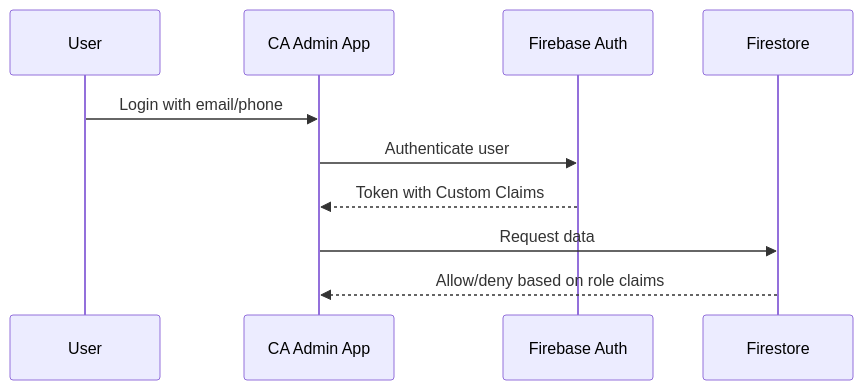
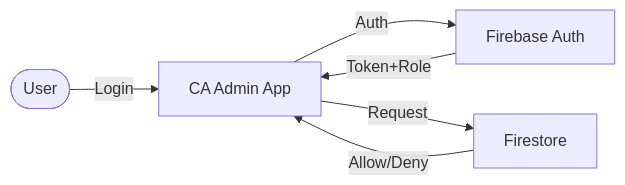
One commit to Ash69g/Documentation-Study changed the diagram in docs/08-security-and-roles/08-security-and-roles.md. Above: the diagram before and after it, drawn with Mermaid. The commit also changed other lines of this file and 14 other files, not shown here.

````diff
--- a/docs/08-security-and-roles/08-security-and-roles.md
+++ b/docs/08-security-and-roles/08-security-and-roles.md
@@ -54,13 +51,8 @@
 ```mermaid
-sequenceDiagram
-  participant U as User
-  participant APP as CA Admin App
-  participant AUTH as Firebase Auth
-  participant DB as Firestore
-
-  U->>APP: Login with email/phone
-  APP->>AUTH: Authenticate user
-  AUTH-->>APP: Token with Custom Claims
-  APP->>DB: Request data
-  DB-->>APP: Allow/deny based on role claims
+flowchart LR
+  U([User]) -->|Login| APP[CA Admin App]
+  APP -->|Auth| AUTH[Firebase Auth]
+  AUTH -->|Token+Role| APP
+  APP -->|Request| DB[Firestore]
+  DB -->|Allow/Deny| APP
 ```
````
